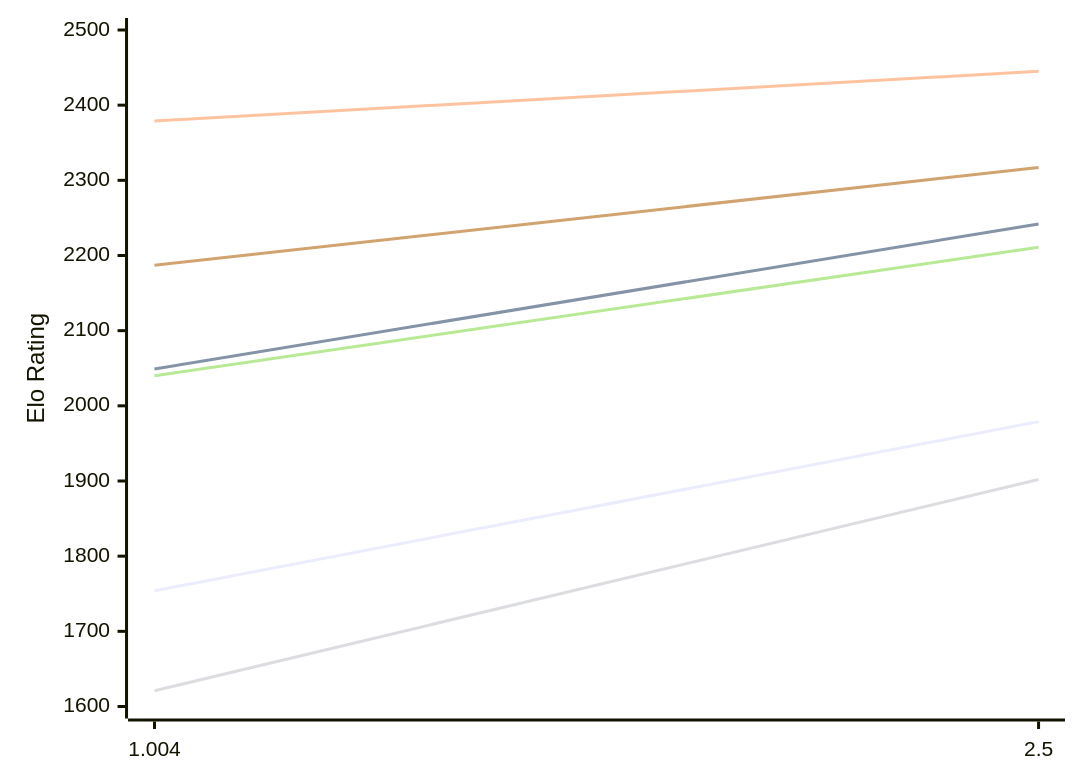
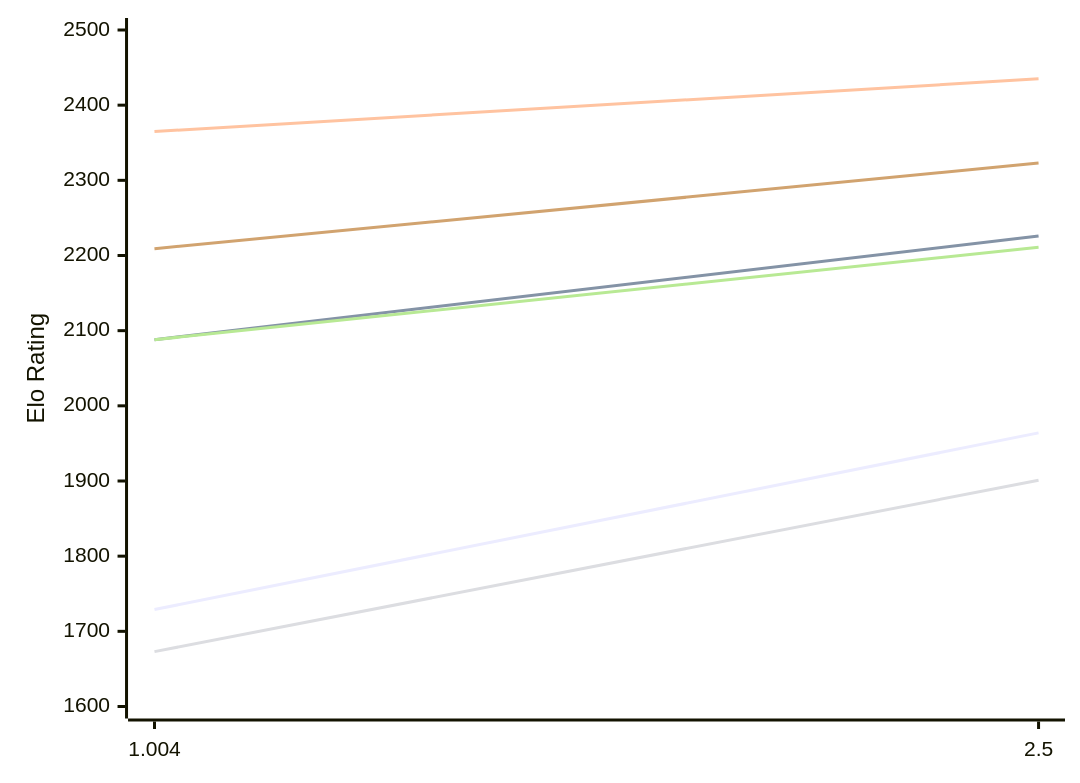
Before and after one commit to computer-chess-index/cci: the first of 2 diagrams in engines/Ares.md, drawn with Mermaid. The commit also changed other lines of this file, not shown here.

Commit message:
Update CCI Ratings (ELO VLTC) - 2026-11-15

````diff
--- a/engines/Ares.md
+++ b/engines/Ares.md
@@ -50,12 +50,12 @@
 ```mermaid
 %%{init: {"theme":"base","themeVariables":{"seriesColors:['#a3a3a3','#222221','#faa371']}}}%%
 xychart-beta
   x-axis ["1.004", "2.5"]
   y-axis "Elo Rating" 1600 --> 2500
-  line "E1: STC (8.0+0.08s)" [1754, 1979]
-  line "E1: LTC (60.0+0.60s)" [2049, 2242]
-  line "E1: VLTC (2m24s+1.12s)" [2379, 2445]
-  line "P1: STC (8.0+0.08s)" [1621, 1902]
-  line "P1: LTC (60.0+0.60s)" [2040, 2211]
-  line "P1: VLTC (2m24s+1.12s)" [2187, 2317]
+  line "E1: STC (8.0+0.08s)" [1729, 1964]
+  line "E1: LTC (60.0+0.60s)" [2088, 2226]
+  line "E1: VLTC (2m24s+1.12s)" [2365, 2435]
+  line "P1: STC (8.0+0.08s)" [1673, 1901]
+  line "P1: LTC (60.0+0.60s)" [2088, 2211]
+  line "P1: VLTC (2m24s+1.12s)" [2209, 2323]
 ```
````
